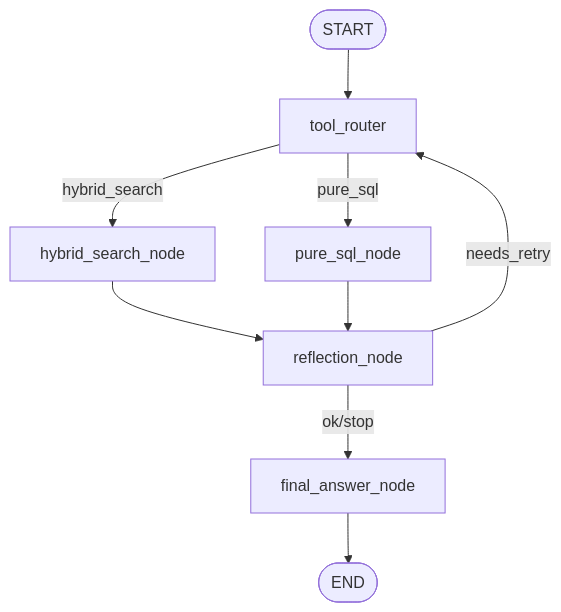
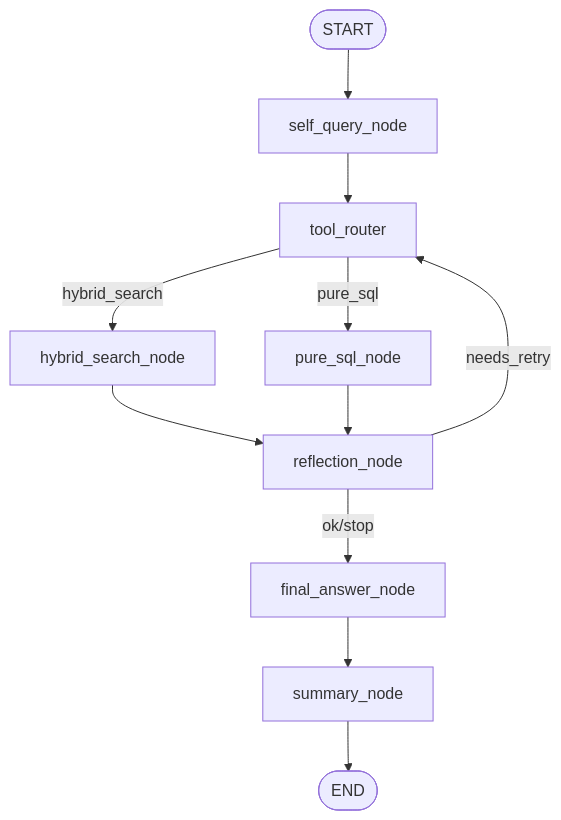
Before and after one commit to TheBestCapstone/CS32-1-surveillance-video-query-llm: the second of 2 diagrams in agent/architecture.md, drawn with Mermaid. The commit also changed other lines of this file and 27 other files, not shown here.

````diff
--- a/agent/architecture.md
+++ b/agent/architecture.md
@@ -5,11 +22,13 @@
 ```mermaid
 flowchart TD
-    START([START]) --> ROUTER[tool_router]
+    START([START]) --> SELFQ[self_query_node]
+    SELFQ --> ROUTER[tool_router]
     ROUTER -->|hybrid_search| HYBRID[hybrid_search_node]
     ROUTER -->|pure_sql| SQL[pure_sql_node]
     HYBRID --> REFLECT[reflection_node]
     SQL --> REFLECT
     REFLECT -->|needs_retry| ROUTER
     REFLECT -->|ok/stop| ANSWER[final_answer_node]
-    ANSWER --> END([END])
+    ANSWER --> SUMMARY[summary_node]
+    SUMMARY --> END([END])
 ```
````
